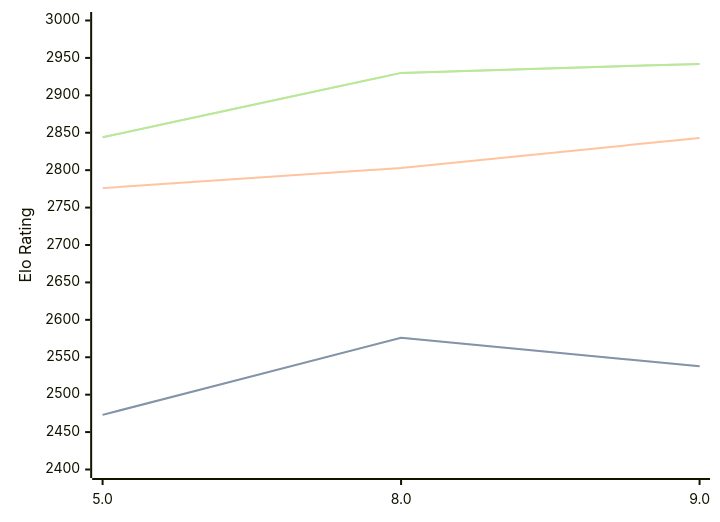
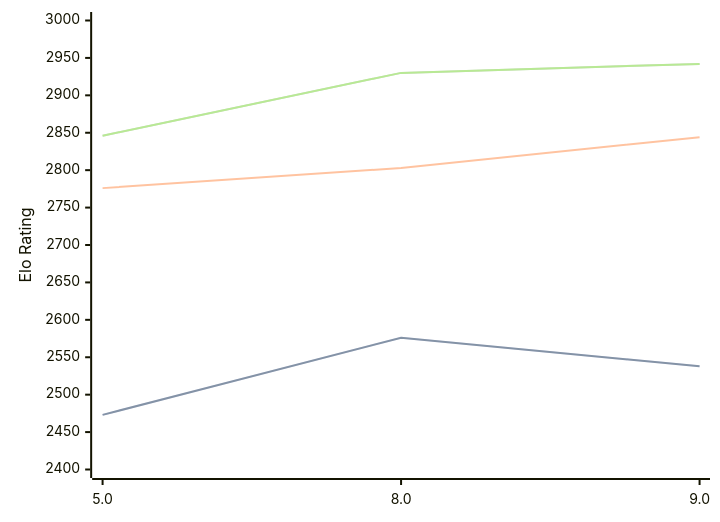
Before and after one commit to computer-chess-index/cci: the first of 3 diagrams in engines/4kc.md, drawn with Mermaid. The commit also changed other lines of this file, not shown here.

Commit message:
Update CCI Ratings (ELO VLTC) - 2026-06-15

````diff
--- a/engines/4kc.md
+++ b/engines/4kc.md
@@ -42,11 +42,11 @@
 ```mermaid
 %%{init: {"theme":"base","themeVariables":{"seriesColors:['#a3a3a3','#222221','#faa371']}}}%%
 xychart-beta
   x-axis ["5.0", "8.0", "9.0"]
   y-axis "Elo Rating" 2400 --> 3000
   line "STC (8.0+0.08s)" [2473, 2576, 2538]
   line "STC (8.0+0.08s)" [2473, 2576, 2538]
-  line "LTC (60.0+0.60s)" [2776, 2803, 2843]
-  line "VLTC (2m24s+1.12s)" [2844, 2930, 2942]
-  line "VLTC (2m24s+1.12s)" [2844, 2930, 2942]
+  line "LTC (60.0+0.60s)" [2776, 2803, 2844]
+  line "VLTC (2m24s+1.12s)" [2846, 2930, 2942]
+  line "VLTC (2m24s+1.12s)" [2846, 2930, 2942]
 ```
````
